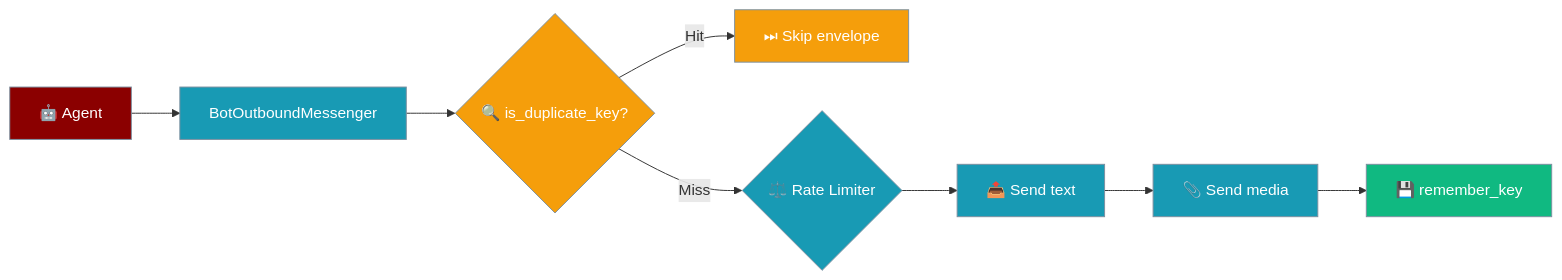
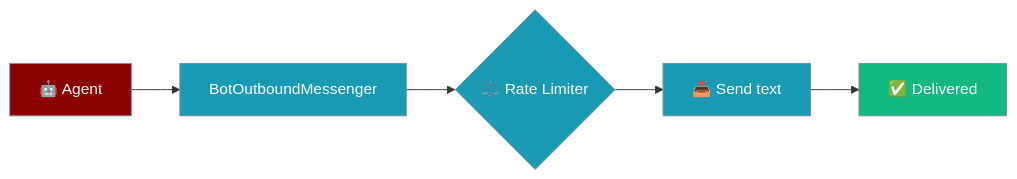
One commit to MervinPraison/PraisonAIDocs changed the third of 3 diagrams in docs/features/proactive-delivery.mdx. Above: the diagram before and after it, drawn with Mermaid. The commit also changed other lines of this file and 2 other files, not shown here.

Commit message:
docs: fix SDK accuracy — correct BotOS.deliver signature mismatches and Mermaid flow (fixes Gemini review)

````diff
--- a/docs/features/proactive-delivery.mdx
+++ b/docs/features/proactive-delivery.mdx
@@ -148,20 +148,15 @@
 ```mermaid
 graph LR
     Agent[🤖 Agent] --> Msg[BotOutboundMessenger]
-    Msg --> Dup{🔍 is_duplicate_key?}
-    Dup -->|Hit| Skip[⏭ Skip envelope]
-    Dup -->|Miss| Rate{⚖️ Rate Limiter}
+    Msg --> Rate{⚖️ Rate Limiter}
     Rate --> Send[📤 Send text]
-    Send --> Media[📎 Send media]
-    Media --> Remember[💾 remember_key]
+    Send --> Done[✅ Delivered]
 
     classDef agent fill:#8B0000,stroke:#7C90A0,color:#fff
     classDef process fill:#189AB4,stroke:#7C90A0,color:#fff
     classDef result fill:#10B981,stroke:#7C90A0,color:#fff
-    classDef config fill:#F59E0B,stroke:#7C90A0,color:#fff
 
     class Agent agent
-    class Msg,Rate,Send,Media process
-    class Dup,Skip config
-    class Remember result
+    class Msg,Rate,Send process
+    class Done result
 ```
````
